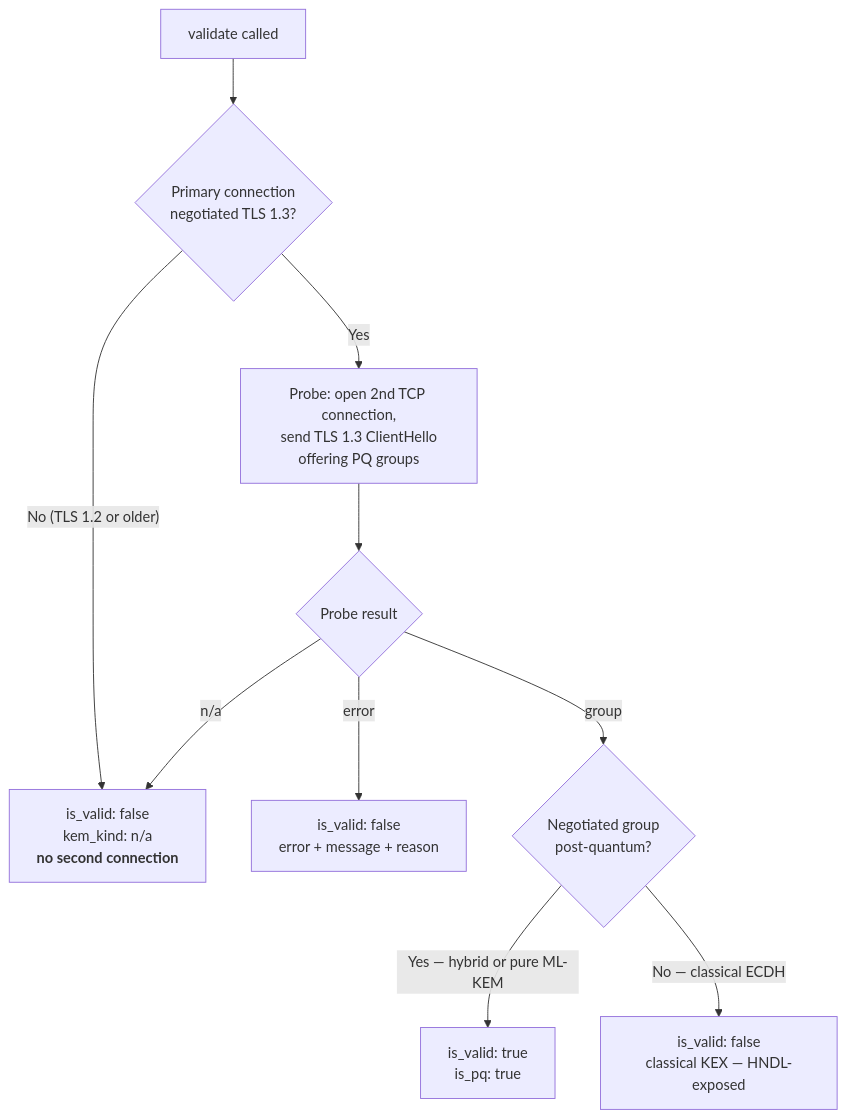
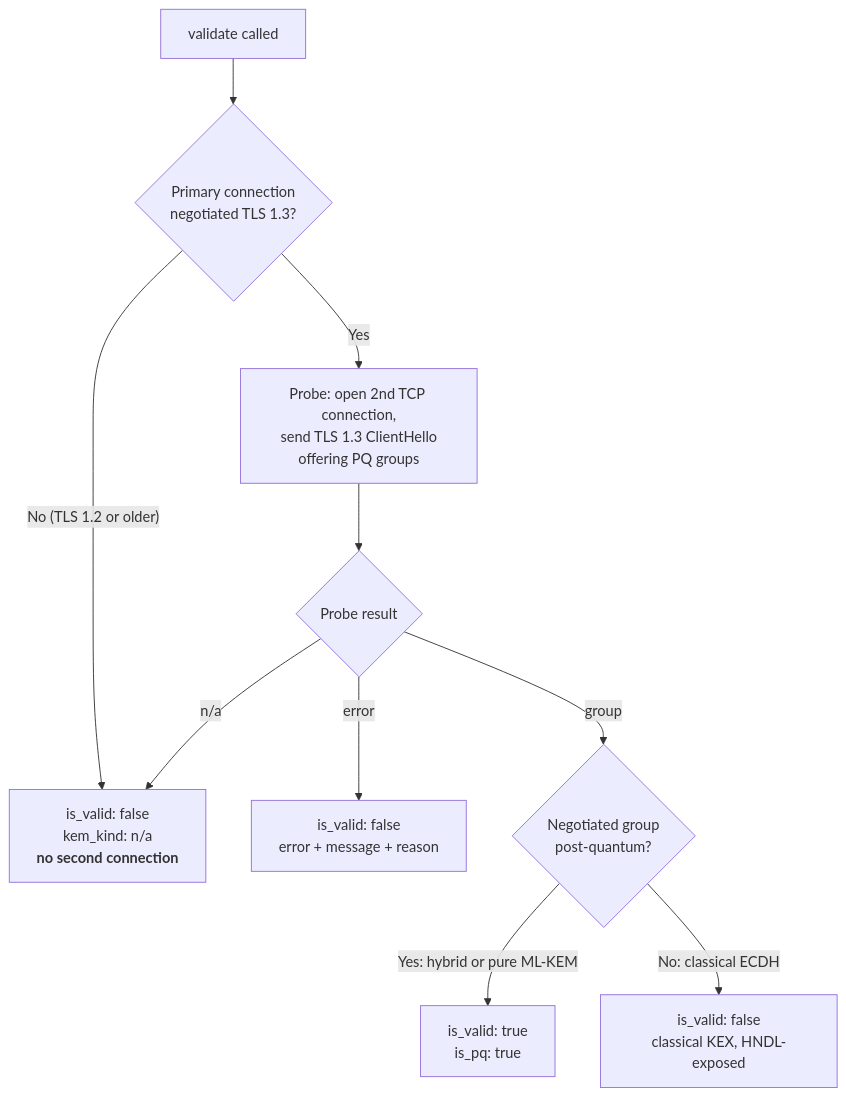
The diagram in docs/validators/pq_key_exchange.md (bradh11/certmonitor), drawn with Mermaid before and after one commit. The commit also changed other lines of this file and 41 other files, not shown here.

````diff
--- a/docs/validators/pq_key_exchange.md
+++ b/docs/validators/pq_key_exchange.md
@@ -49,12 +49,12 @@
 ```mermaid
 flowchart TD
     A[validate called] --> B{Primary connection<br/>negotiated TLS 1.3?}
     B -- "No (TLS 1.2 or older)" --> N["is_valid: false<br/>kem_kind: n/a<br/><b>no second connection</b>"]
     B -- Yes --> C[Probe: open 2nd TCP connection,<br/>send TLS 1.3 ClientHello<br/>offering PQ groups]
     C --> D{Probe result}
     D -- error --> E["is_valid: false<br/>error + message + reason"]
     D -- n/a --> N
     D -- group --> F{Negotiated group<br/>post-quantum?}
-    F -- "Yes — hybrid or pure ML-KEM" --> G["is_valid: true<br/>is_pq: true"]
-    F -- "No — classical ECDH" --> H["is_valid: false<br/>classical KEX — HNDL-exposed"]
+    F -- "Yes: hybrid or pure ML-KEM" --> G["is_valid: true<br/>is_pq: true"]
+    F -- "No: classical ECDH" --> H["is_valid: false<br/>classical KEX, HNDL-exposed"]
 ```
````
